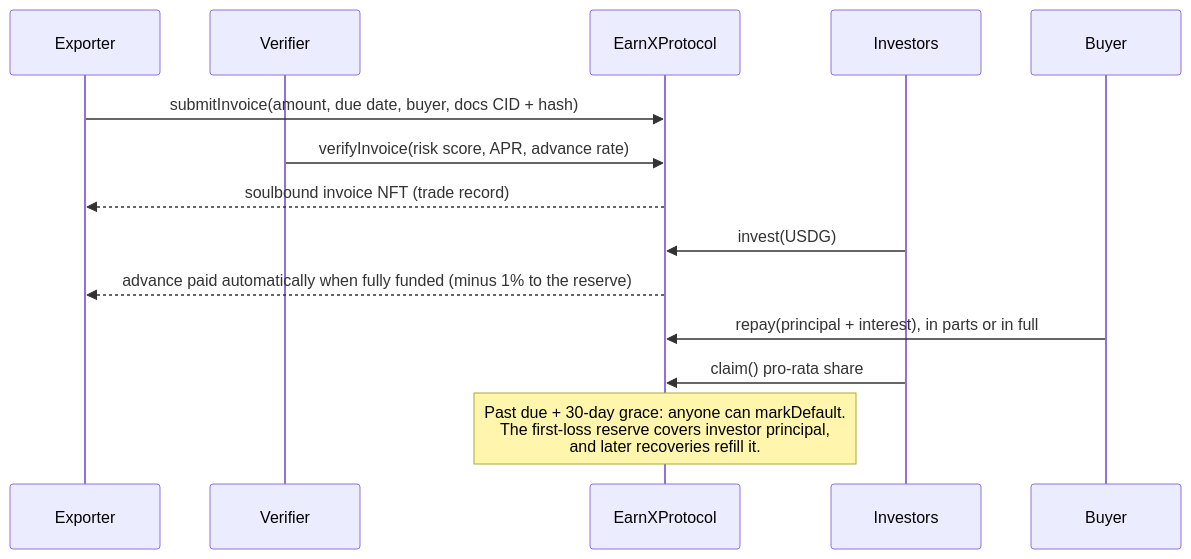
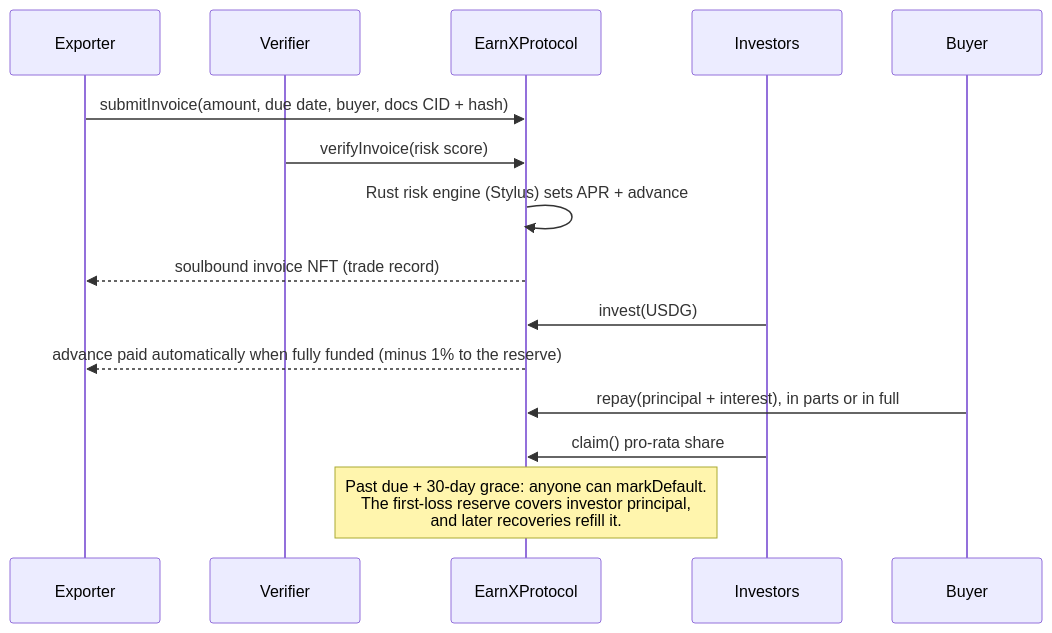
The diagram in README.md (big14way/earnx), drawn with Mermaid before and after one commit. The commit also changed other lines of this file and 1 other file, not shown here.

Commit message:
docs: document the Rust/Stylus risk engine and its deployments

````diff
--- a/README.md
+++ b/README.md
@@ -52,16 +52,17 @@
 ```mermaid
 sequenceDiagram
     participant E as Exporter
     participant V as Verifier
     participant P as EarnXProtocol
     participant I as Investors
     participant B as Buyer
     E->>P: submitInvoice(amount, due date, buyer, docs CID + hash)
-    V->>P: verifyInvoice(risk score, APR, advance rate)
+    V->>P: verifyInvoice(risk score)
+    P->>P: Rust risk engine (Stylus) sets APR + advance
     P-->>E: soulbound invoice NFT (trade record)
     I->>P: invest(USDG)
     P-->>E: advance paid automatically when fully funded (minus 1% to the reserve)
     B->>P: repay(principal + interest), in parts or in full
     I->>P: claim() pro-rata share
     Note over P: Past due + 30-day grace: anyone can markDefault.<br/>The first-loss reserve covers investor principal,<br/>and later recoveries refill it.
 ```
````
